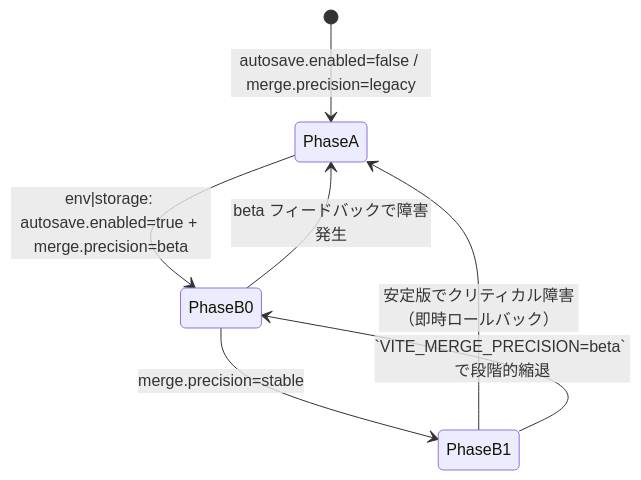
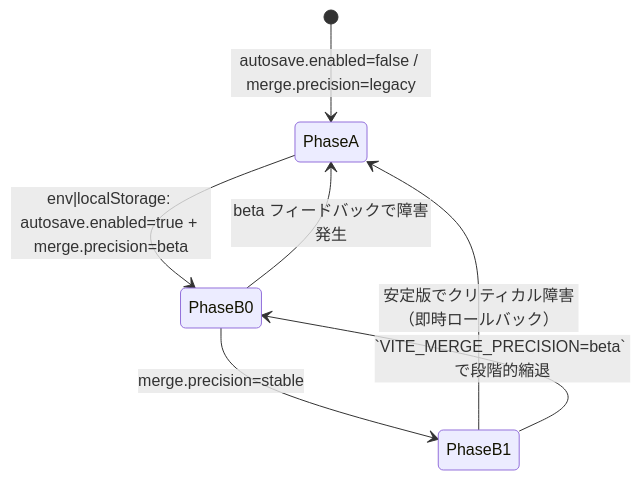
One commit to RNA4219/Conimgponic changed the diagram in docs/CONFIG_FLAGS.md. Above: the diagram before and after it, drawn with Mermaid. The commit also changed other lines of this file and 3 other files, not shown here.

````diff
--- a/docs/CONFIG_FLAGS.md
+++ b/docs/CONFIG_FLAGS.md
@@ -101,9 +137,9 @@
 ```mermaid
 stateDiagram-v2
     [*] --> PhaseA: autosave.enabled=false / merge.precision=legacy
-    PhaseA --> PhaseB0: env|storage: autosave.enabled=true + merge.precision=beta
+    PhaseA --> PhaseB0: env|localStorage: autosave.enabled=true + merge.precision=beta
     PhaseB0 --> PhaseB1: merge.precision=stable
     PhaseB0 --> PhaseA: beta フィードバックで障害発生
     PhaseB1 --> PhaseA: 安定版でクリティカル障害（即時ロールバック）
     PhaseB1 --> PhaseB0: `VITE_MERGE_PRECISION=beta` で段階的縮退
 ```
````
